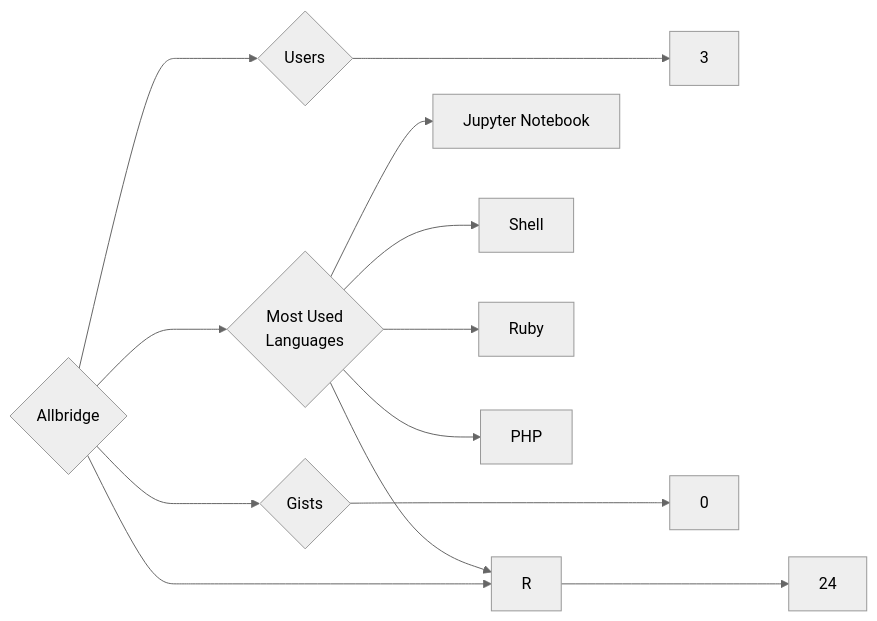
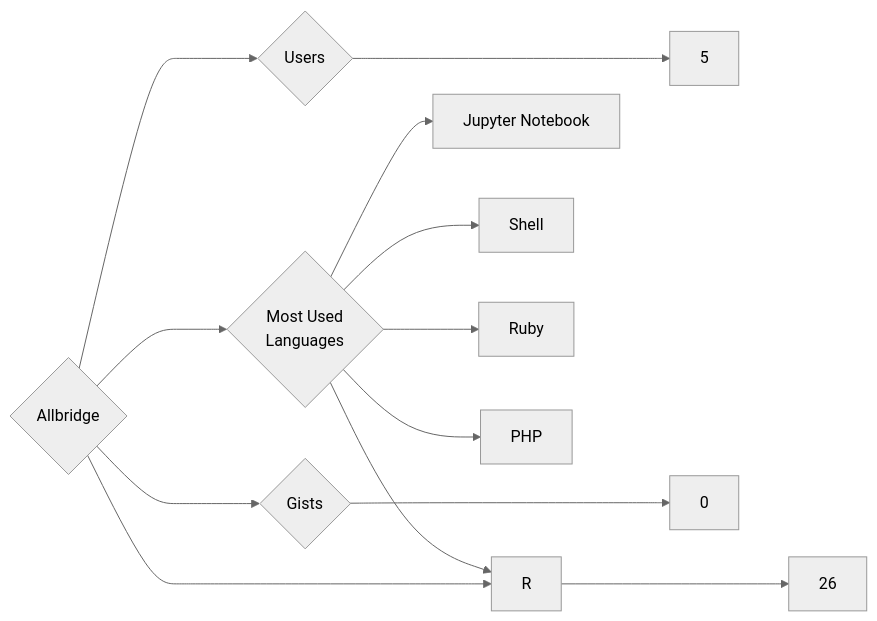
One commit to trickest/insiders changed the diagram in targets/Allbridge/README.md. Above: the diagram before and after it, drawn with Mermaid (neutral theme). The commit also changed 783 other files, not shown here.

````diff
--- a/targets/Allbridge/README.md
+++ b/targets/Allbridge/README.md
@@ -3,13 +3,13 @@
 ```mermaid
 graph LR
 COMPANY_NAME{Allbridge}
-COMPANY_NAME ---> U{Users} ---> UN[3]
-COMPANY_NAME ---> R{Repositories} ---> RN[24]
+COMPANY_NAME ---> U{Users} ---> UN[5]
+COMPANY_NAME ---> R{Repositories} ---> RN[26]
 COMPANY_NAME ---> G{Gists} ---> GN[0]
 COMPANY_NAME ---> ML{Most Used<br>Languages}
 ML --> Jupyter_Notebook[Jupyter Notebook]
 ML --> Shell[Shell]
 ML --> Ruby[Ruby]
 ML --> R[R]
 ML --> PHP[PHP]
 ```
````
